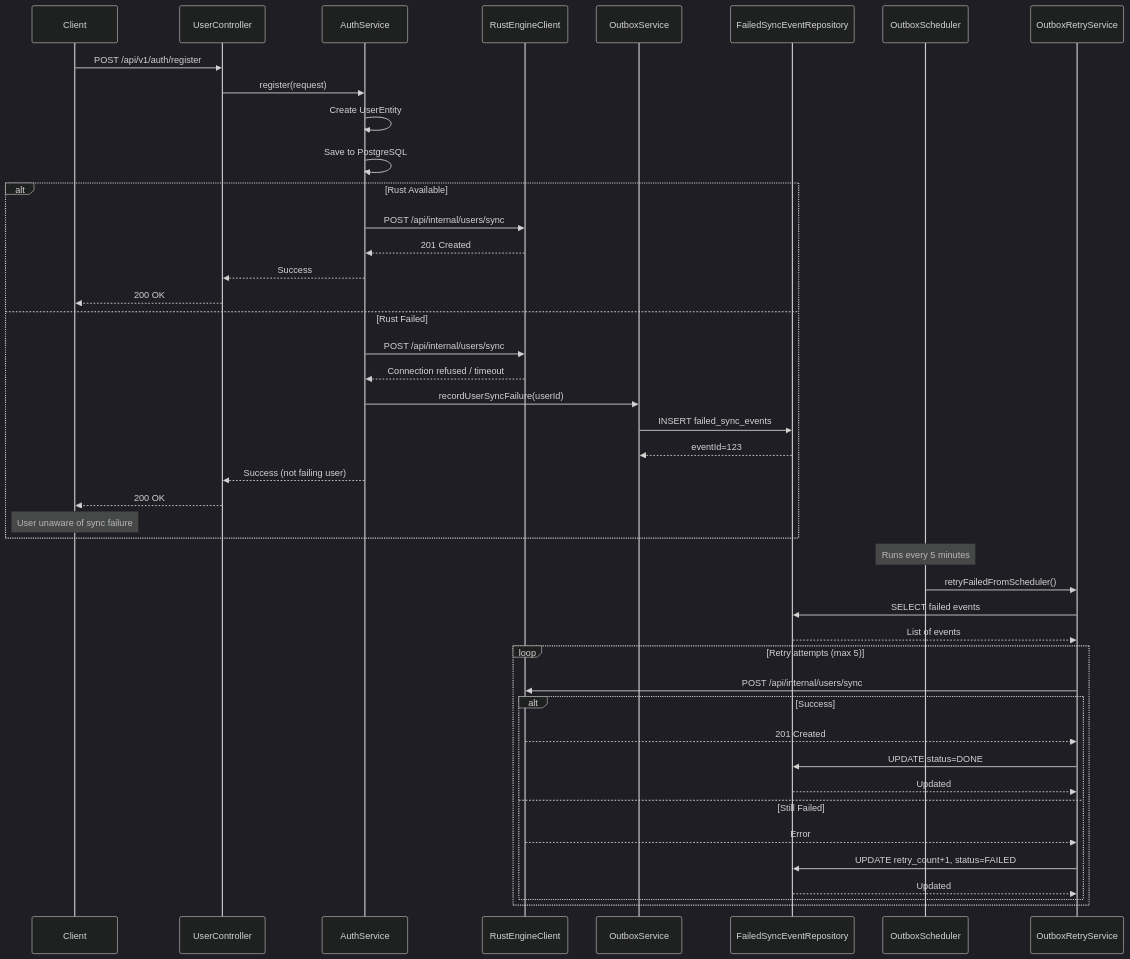
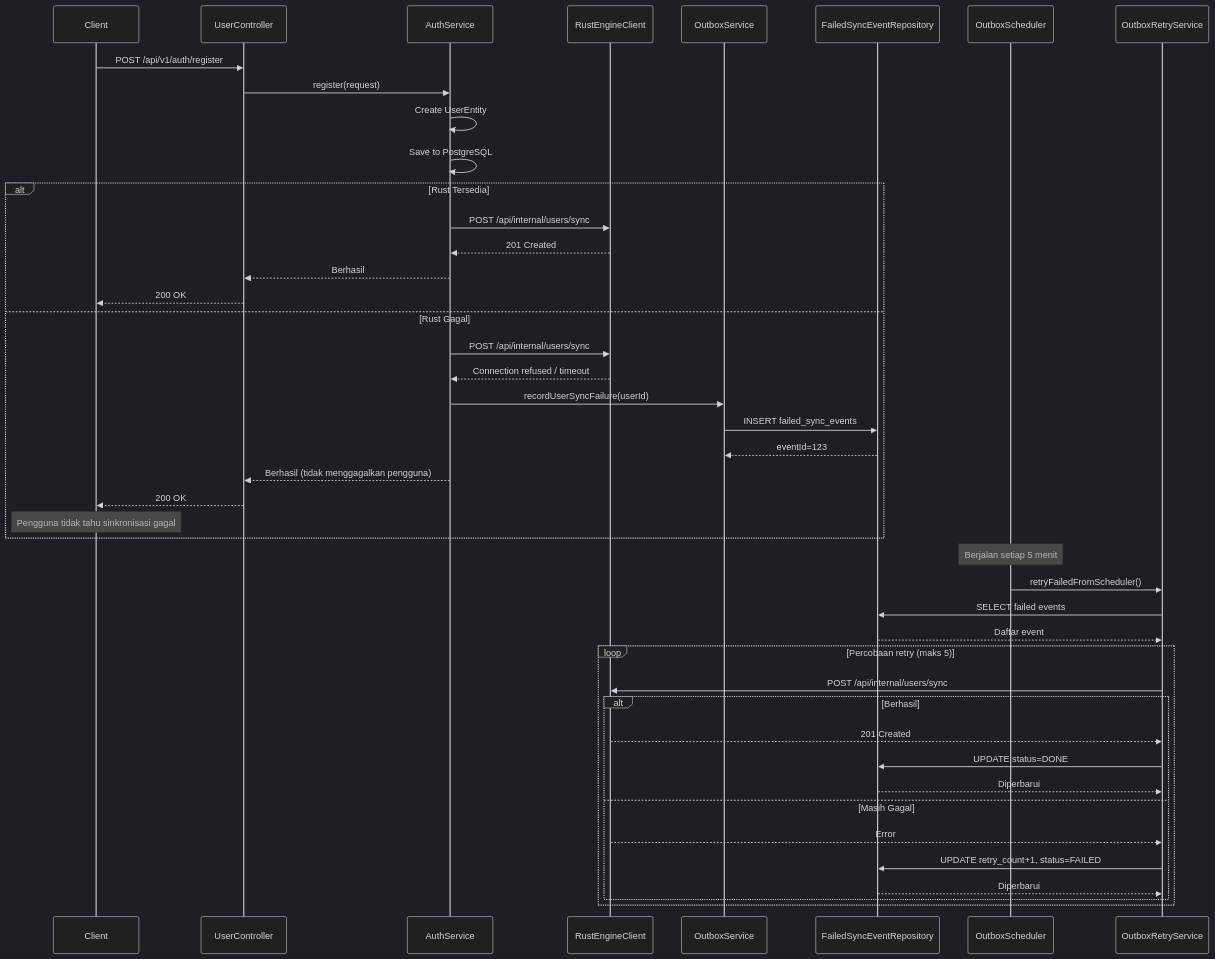
Before and after one commit to advprog-2026-A14-project/yomu-docs: the diagram in content/docs/backend-java/outbox.mdx, drawn with Mermaid (dark theme). The commit also changed other lines of this file and 30 other files, not shown here.

````diff
--- a/content/docs/backend-java/outbox.mdx
+++ b/content/docs/backend-java/outbox.mdx
@@ -23,52 +23,52 @@
 ```mermaid
 sequenceDiagram
     participant Client
     participant UserController
     participant AuthService
     participant RS as RustEngineClient
     participant OS as OutboxService
     participant FSE as FailedSyncEventRepository
     participant Scheduler as OutboxScheduler
     participant Retry as OutboxRetryService
 
     Client->>UserController: POST /api/v1/auth/register
     UserController->>AuthService: register(request)
     
     AuthService->>AuthService: Create UserEntity
     AuthService->>AuthService: Save to PostgreSQL
     
-    alt Rust Available
+    alt Rust Tersedia
         AuthService->>RS: POST /api/internal/users/sync
         RS-->>AuthService: 201 Created
-        AuthService-->>UserController: Success
+        AuthService-->>UserController: Berhasil
         UserController-->>Client: 200 OK
-    else Rust Failed
+    else Rust Gagal
         AuthService->>RS: POST /api/internal/users/sync
         RS-->>AuthService: Connection refused / timeout
         AuthService->>OS: recordUserSyncFailure(userId)
         OS->>FSE: INSERT failed_sync_events
         FSE-->>OS: eventId=123
-        AuthService-->>UserController: Success (not failing user)
+        AuthService-->>UserController: Berhasil (tidak menggagalkan pengguna)
         UserController-->>Client: 200 OK
         
-        Note over Client: User unaware of sync failure
+        Note over Client: Pengguna tidak tahu sinkronisasi gagal
     end
 
-    Note over Scheduler: Runs every 5 minutes
+    Note over Scheduler: Berjalan setiap 5 menit
     Scheduler->>Retry: retryFailedFromScheduler()
     Retry->>FSE: SELECT failed events
-    FSE-->>Retry: List of events
+    FSE-->>Retry: Daftar event
     
-    loop Retry attempts (max 5)
+    loop Percobaan retry (maks 5)
         Retry->>RS: POST /api/internal/users/sync
-        alt Success
+        alt Berhasil
             RS-->>Retry: 201 Created
             Retry->>FSE: UPDATE status=DONE
-            FSE-->>Retry: Updated
-        else Still Failed
+            FSE-->>Retry: Diperbarui
+        else Masih Gagal
             RS-->>Retry: Error
             Retry->>FSE: UPDATE retry_count+1, status=FAILED
-            FSE-->>Retry: Updated
+            FSE-->>Retry: Diperbarui
         end
     end
 ```
````
